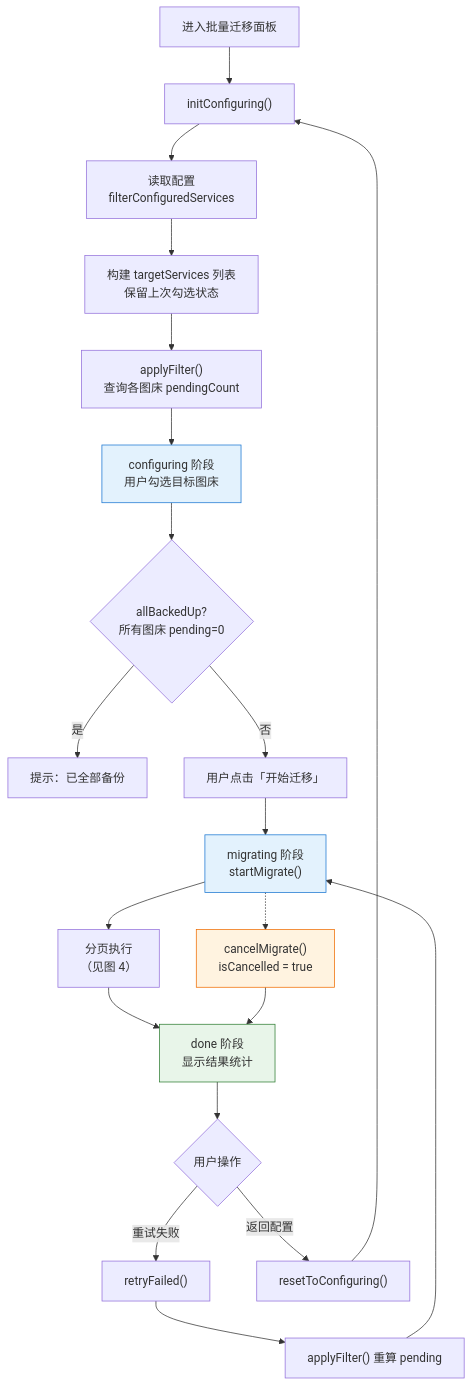
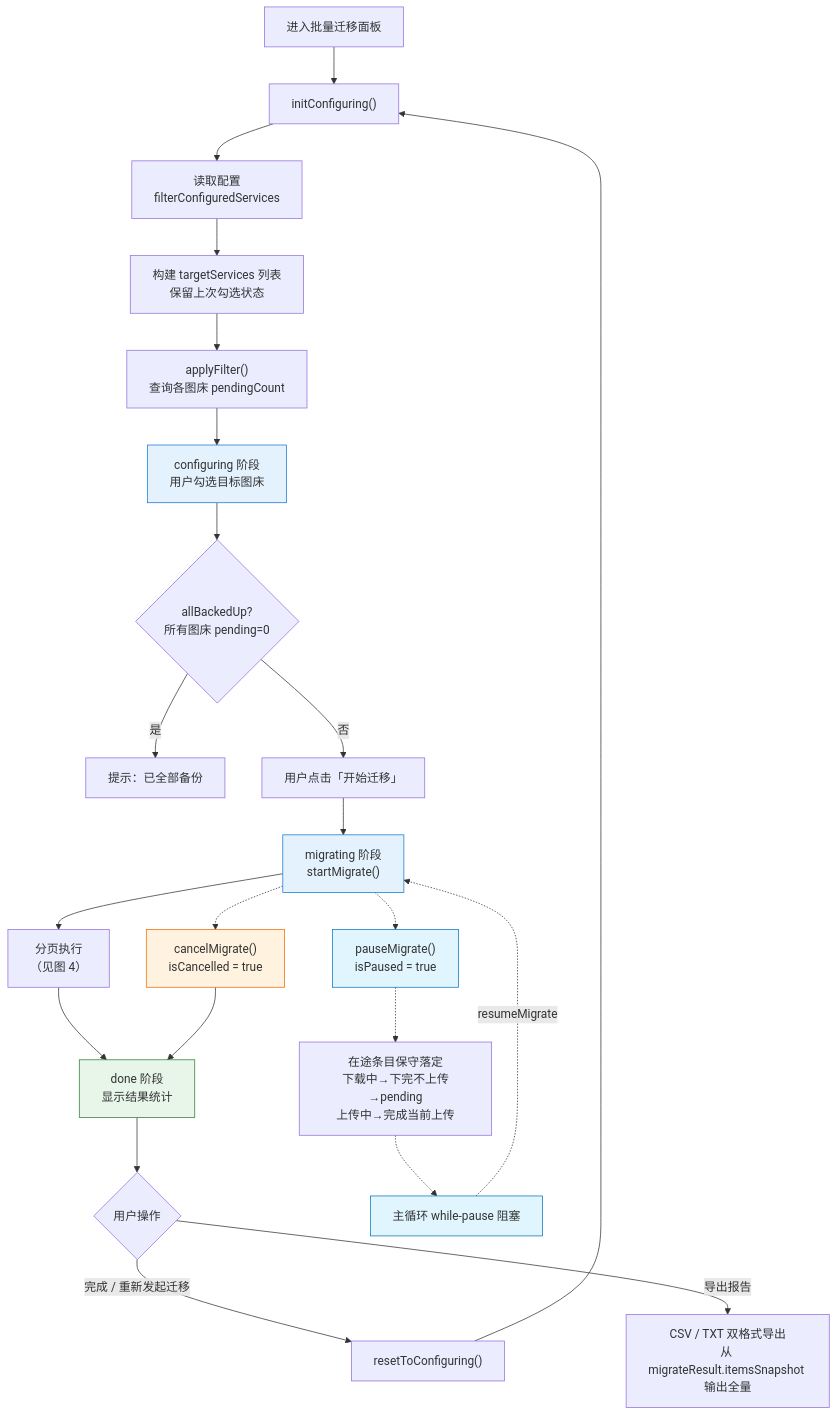
One commit to joeyliu6/PicNexus changed the first of 7 diagrams in docs/flows/batch-migrate-flow.md. Above: the diagram before and after it, drawn with Mermaid. The commit also changed other lines of this file, not shown here.

First line of the commit message:
docs(batch-migrate): 同步流程图与排查指南

````diff
--- a/docs/flows/batch-migrate-flow.md
+++ b/docs/flows/batch-migrate-flow.md
@@ -14,32 +18,38 @@
 ```mermaid
 flowchart TD
     A["进入批量迁移面板"] --> B["initConfiguring()"]
     B --> C["读取配置<br/>filterConfiguredServices"]
     C --> D["构建 targetServices 列表<br/>保留上次勾选状态"]
     D --> E["applyFilter()<br/>查询各图床 pendingCount"]
     E --> F["configuring 阶段<br/>用户勾选目标图床"]
 
     F --> G{allBackedUp?<br/>所有图床 pending=0}
     G -- 是 --> G1["提示：已全部备份"]
     G -- 否 --> H["用户点击「开始迁移」"]
 
     H --> I["migrating 阶段<br/>startMigrate()"]
     I --> J["分页执行<br/>（见图 4）"]
     J --> K["done 阶段<br/>显示结果统计"]
 
     K --> L{用户操作}
-    L -- "重试失败" --> M["retryFailed()"]
-    M --> M1["applyFilter() 重算 pending"]
-    M1 --> I
-    L -- "返回配置" --> N["resetToConfiguring()"]
+    L -- "完成 / 重新发起迁移" --> N["resetToConfiguring()"]
     N --> B
+    L -- "导出报告" --> EX["CSV / TXT 双格式导出<br/>从 migrateResult.itemsSnapshot 输出全量"]
+
+    %% 暂停 / 恢复（保守策略：在途条目落定后主循环阻塞）
+    I -.-> P["pauseMigrate()<br/>isPaused = true"]
+    P -.-> P1["在途条目保守落定<br/>下载中→下完不上传→pending<br/>上传中→完成当前上传"]
+    P1 -.-> P2["主循环 while-pause 阻塞"]
+    P2 -.-> |resumeMigrate| I
 
     %% 取消
     I -.-> O["cancelMigrate()<br/>isCancelled = true"]
     O --> K
 
     style F fill:#e3f2fd,stroke:#1976d2
     style I fill:#e3f2fd,stroke:#1976d2
     style K fill:#e8f5e9,stroke:#2e7d32
     style O fill:#fff3e0,stroke:#ef6c00
+    style P fill:#e1f5fe,stroke:#0277bd
+    style P2 fill:#e1f5fe,stroke:#0277bd
 ```
````
